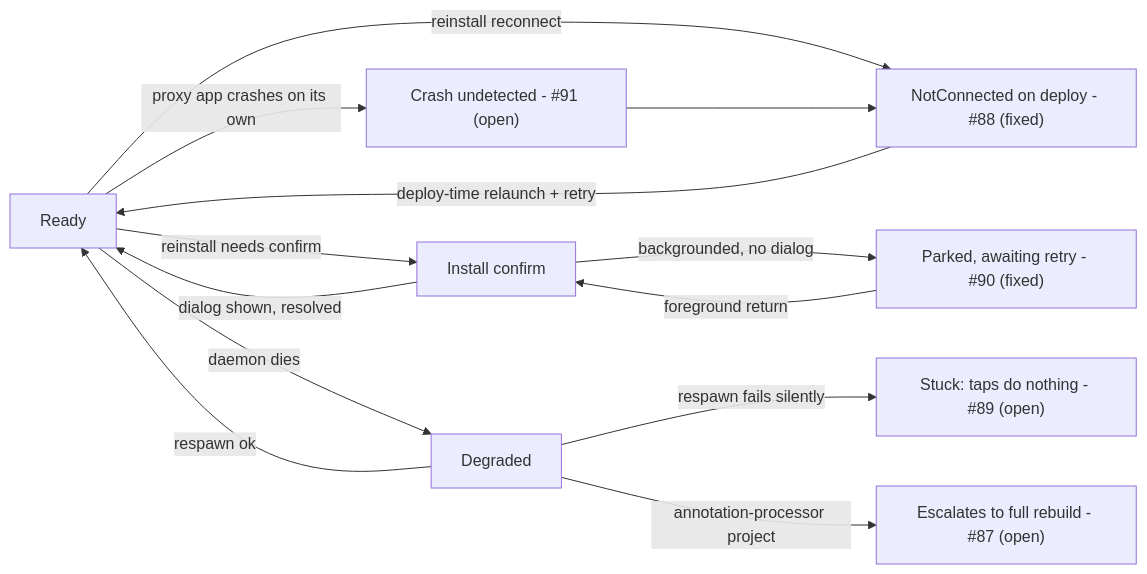
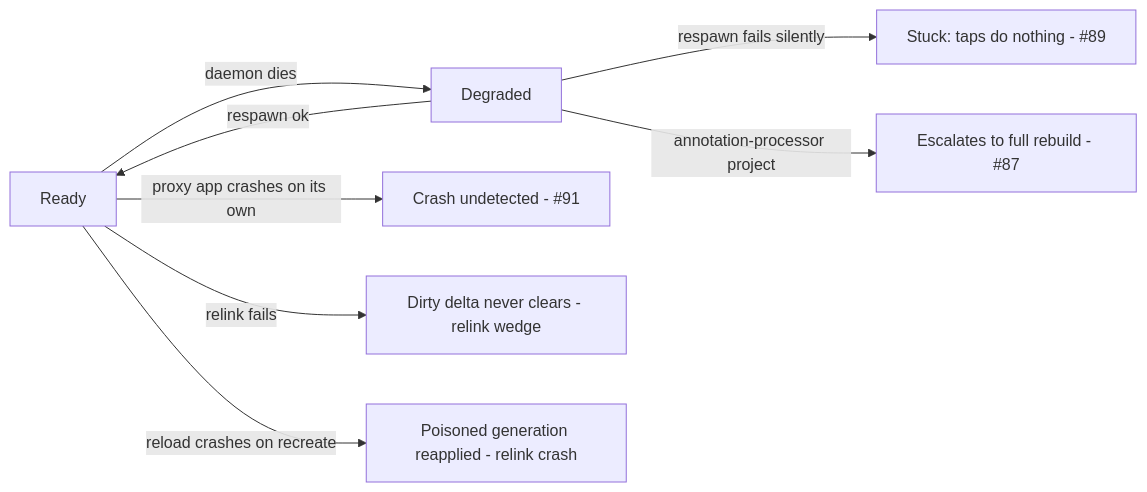
One commit to appdevforall/CodeOnTheGo changed the diagram in quick-build/docs/reliability-gaps.md. Above: the diagram before and after it, drawn with Mermaid. The commit also changed other lines of this file and 6 other files, not shown here.

````diff
--- a/quick-build/docs/reliability-gaps.md
+++ b/quick-build/docs/reliability-gaps.md
@@ -31,15 +23,10 @@
 ```mermaid
 flowchart LR
-    A[Ready] -->|reinstall reconnect| B["NotConnected on deploy - #88 (fixed)"]
-    B -->|deploy-time relaunch + retry| A
-    A -->|reinstall needs confirm| C[Install confirm]
-    C -->|dialog shown, resolved| A
-    C -->|backgrounded, no dialog| D["Parked, awaiting retry - #90 (fixed)"]
-    D -->|foreground return| C
-    A -->|daemon dies| E[Degraded]
+    A[Ready] -->|daemon dies| E[Degraded]
     E -->|respawn ok| A
-    E -->|respawn fails silently| F["Stuck: taps do nothing - #89 (open)"]
-    E -->|annotation-processor project| H["Escalates to full rebuild - #87 (open)"]
-    A -->|proxy app crashes on its own| G["Crash undetected - #91 (open)"]
-    G --> B
+    E -->|respawn fails silently| F["Stuck: taps do nothing - #89"]
+    E -->|annotation-processor project| H["Escalates to full rebuild - #87"]
+    A -->|proxy app crashes on its own| G["Crash undetected - #91"]
+    A -->|relink fails| W["Dirty delta never clears - relink wedge"]
+    A -->|reload crashes on recreate| P["Poisoned generation reapplied - relink crash"]
 ```
````
